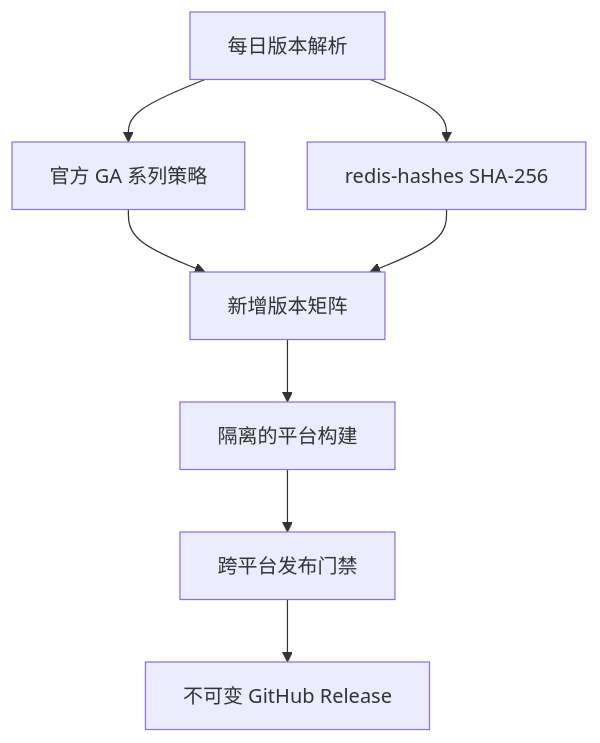
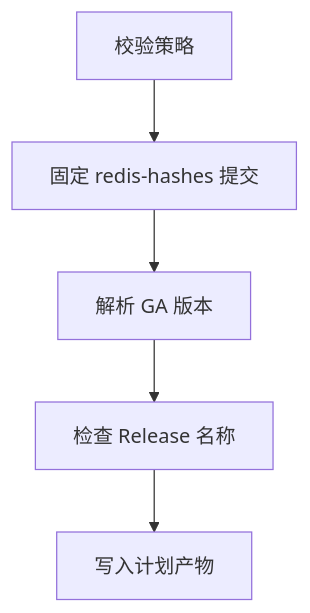
One commit to ainuoyan/redis-unofficial-builds changed the diagram in docs/PLATFORM-DESIGN.zh-CN.md. Above: the diagram before and after it, drawn with Mermaid. The commit also changed other lines of this file and 29 other files, not shown here.

````diff
--- a/docs/PLATFORM-DESIGN.zh-CN.md
+++ b/docs/PLATFORM-DESIGN.zh-CN.md
@@ -156,10 +280,7 @@
 ```mermaid
 flowchart TD
-    A["每日版本解析"] --> B["官方 GA 系列策略"]
-    A --> C["redis-hashes SHA-256"]
-    B --> D["新增版本矩阵"]
-    C --> D
-    D --> E["隔离的平台构建"]
-    E --> F["跨平台发布门禁"]
-    F --> G["不可变 GitHub Release"]
+    A["校验策略"] --> B["固定 redis-hashes 提交"]
+    B --> C["解析 GA 版本"]
+    C --> D["检查 Release 名称"]
+    D --> E["写入计划产物"]
 ```
````
